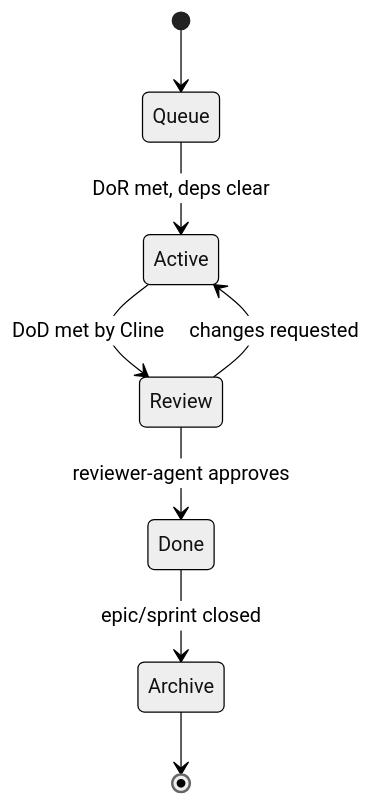
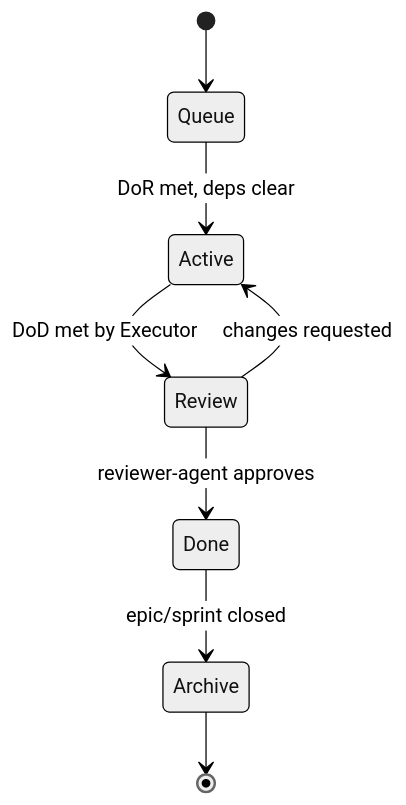
The diagram in reference/workflow/task-lifecycle.md (Vtquan123/strix), drawn with Mermaid (neutral theme) before and after one commit. The commit also changed other lines of this file and 95 other files, not shown here.

````diff
--- a/reference/workflow/task-lifecycle.md
+++ b/reference/workflow/task-lifecycle.md
@@ -6,10 +6,10 @@
 ```mermaid
 stateDiagram-v2
     [*] --> Queue
     Queue --> Active: DoR met, deps clear
-    Active --> Review: DoD met by Cline
+    Active --> Review: DoD met by Executor
     Review --> Active: changes requested
     Review --> Done: reviewer-agent approves
     Done --> Archive: epic/sprint closed
     Archive --> [*]
 ```
````
